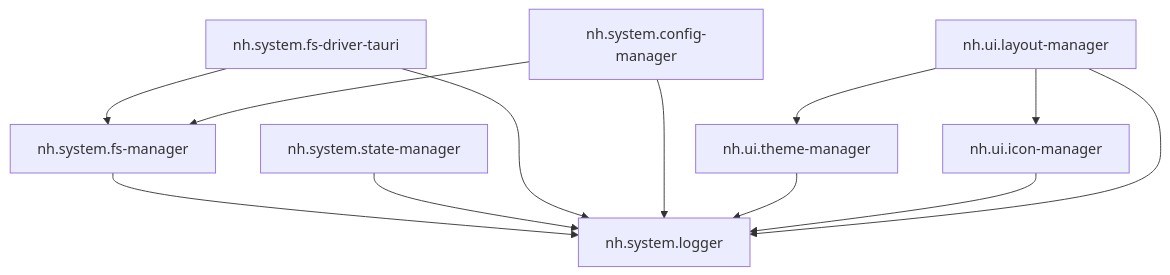
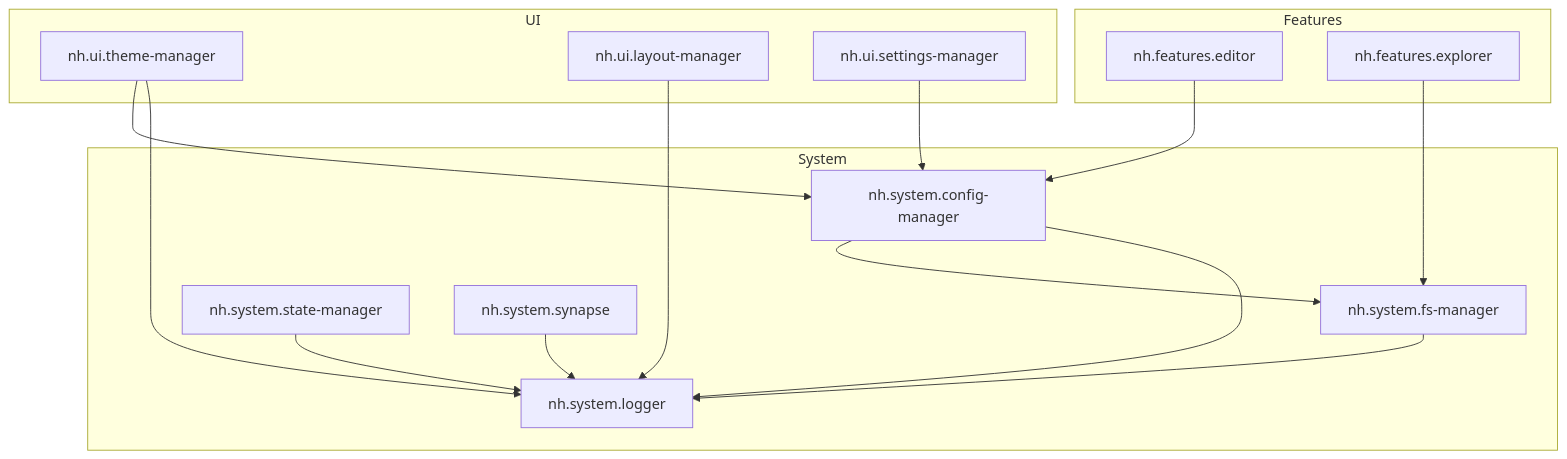
One commit to khton-tech/notehub.md changed the diagram in docs/ru/README.md. Above: the diagram before and after it, drawn with Mermaid. The commit also changed other lines of this file and 22 other files, not shown here.

````diff
--- a/docs/ru/README.md
+++ b/docs/ru/README.md
@@ -100,23 +115,33 @@
 ```mermaid
 graph TD
-    Logger[nh.system.logger]
-    FsManager[nh.system.fs-manager]
-    StateManager[nh.system.state-manager]
-    FsDriverTauri[nh.system.fs-driver-tauri]
-    ConfigManager[nh.system.config-manager]
-    ThemeManager[nh.ui.theme-manager]
-    IconManager[nh.ui.icon-manager]
-    LayoutManager[nh.ui.layout-manager]
+    subgraph System
+        Logger[nh.system.logger]
+        FsManager[nh.system.fs-manager]
+        StateManager[nh.system.state-manager]
+        ConfigManager[nh.system.config-manager]
+        Synapse[nh.system.synapse]
+    end
+    
+    subgraph UI
+        ThemeManager[nh.ui.theme-manager]
+        LayoutManager[nh.ui.layout-manager]
+        SettingsManager[nh.ui.settings-manager]
+    end
+    
+    subgraph Features
+        Editor[nh.features.editor]
+        Explorer[nh.features.explorer]
+    end
 
     FsManager --> Logger
     StateManager --> Logger
-    FsDriverTauri --> Logger
-    FsDriverTauri --> FsManager
     ConfigManager --> Logger
     ConfigManager --> FsManager
+    Synapse --> Logger
     ThemeManager --> Logger
-    IconManager --> Logger
+    ThemeManager --> ConfigManager
     LayoutManager --> Logger
-    LayoutManager --> ThemeManager
-    LayoutManager --> IconManager
+    SettingsManager --> ConfigManager
+    Editor --> ConfigManager
+    Explorer --> FsManager
 ```
````
